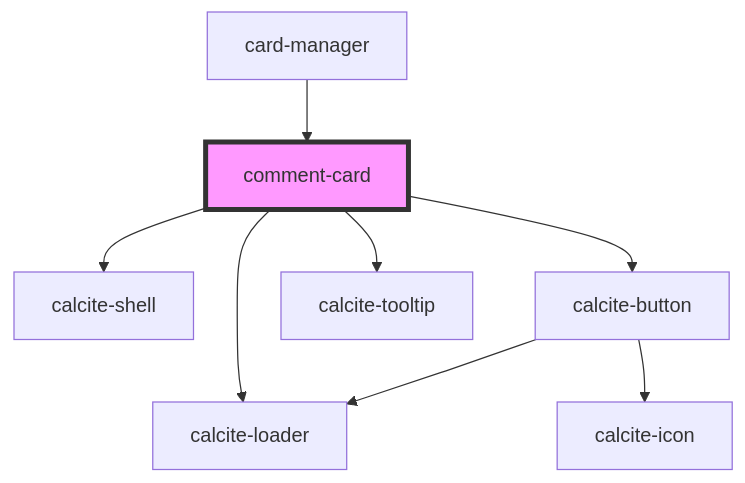
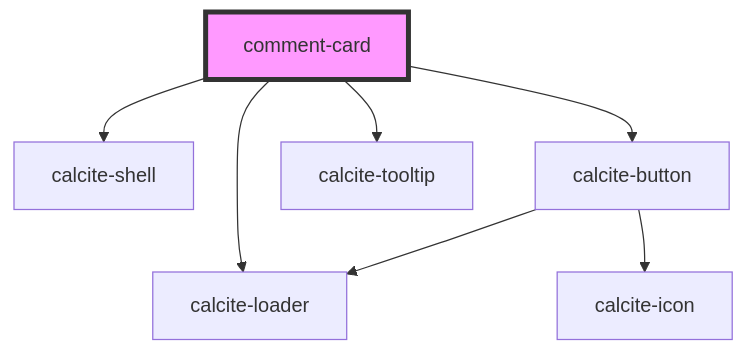
One commit to Esri/solutions-components changed the diagram in src/components/comment-card/readme.md. Above: the diagram before and after it, drawn with Mermaid. The commit also changed other lines of this file and 7 other files, not shown here.

````diff
--- a/src/components/comment-card/readme.md
+++ b/src/components/comment-card/readme.md
@@ -36,11 +32,10 @@
 ```mermaid
 graph TD;
   comment-card --> calcite-loader
   comment-card --> calcite-shell
   comment-card --> calcite-button
   comment-card --> calcite-tooltip
   calcite-button --> calcite-loader
   calcite-button --> calcite-icon
-  card-manager --> comment-card
   style comment-card fill:#f9f,stroke:#333,stroke-width:4px
 ```
````
